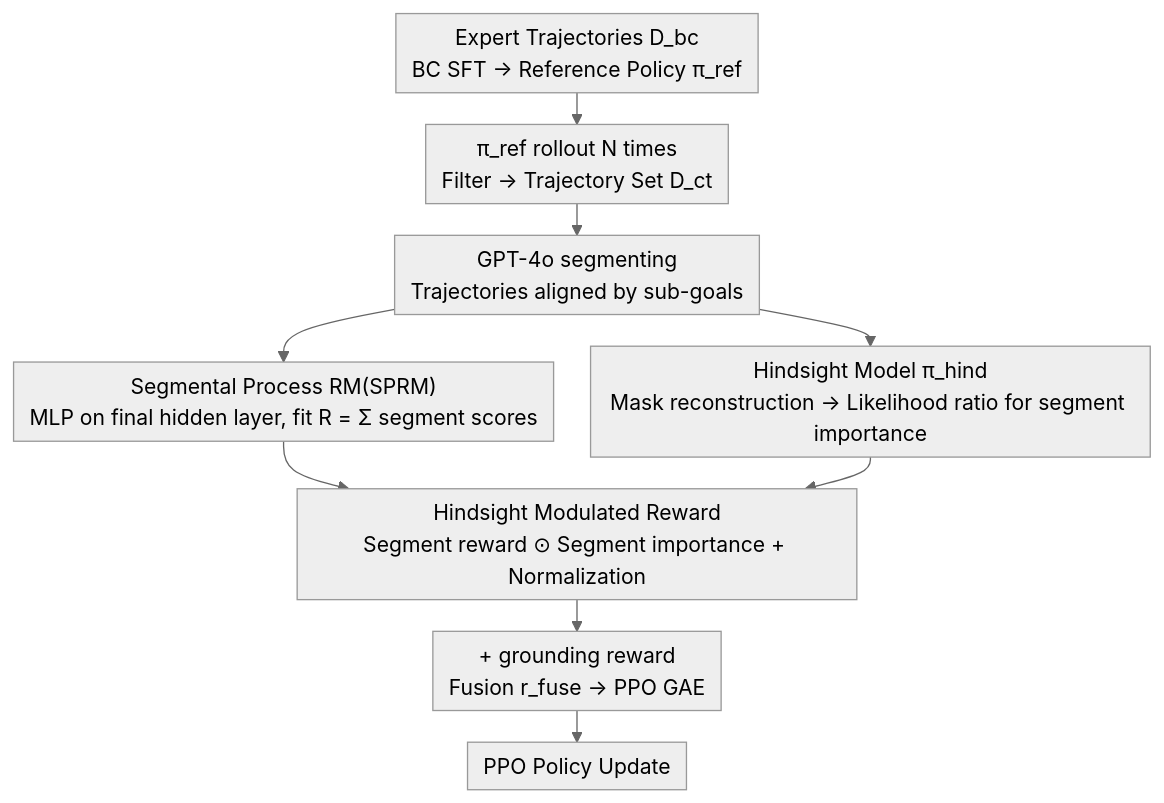
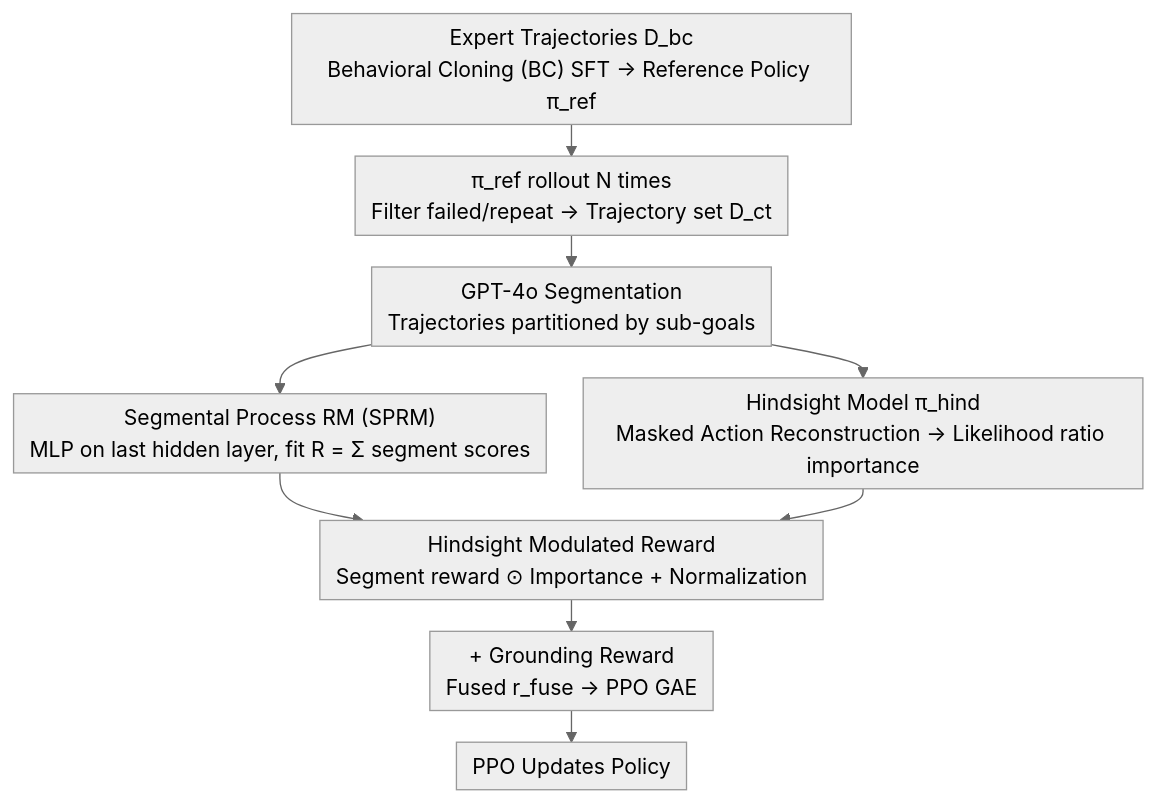
Before and after one commit to zhaoyang97/Paper-Notes-en: the diagram in docs/ACL2026/llm_reasoning/hisr_hindsight_information_modulated_segmental_process_rewards_for_multi-turn_ag.md, drawn with Mermaid (neutral theme). The commit also changed other lines of this file and 5084 other files, not shown here.

````diff
--- a/docs/ACL2026/llm_reasoning/hisr_hindsight_information_modulated_segmental_process_rewards_for_multi-turn_ag.md
+++ b/docs/ACL2026/llm_reasoning/hisr_hindsight_information_modulated_segmental_process_rewards_for_multi-turn_ag.md
@@ -54,12 +54,12 @@
 ```mermaid
 %%{init: {'flowchart': {'rankSpacing': 24, 'nodeSpacing': 28, 'padding': 6, 'wrappingWidth': 400}}}%%
 flowchart TD
-    A["Expert Trajectories D_bc<br/>BC SFT → Reference Policy π_ref"] --> B["π_ref rollout N times<br/>Filter → Trajectory Set D_ct"]
-    B --> C["GPT-4o segmenting<br/>Trajectories aligned by sub-goals"]
-    C --> D["Segmental Process RM(SPRM)<br/>MLP on final hidden layer, fit R = Σ segment scores"]
-    C --> E["Hindsight Model π_hind<br/>Mask reconstruction → Likelihood ratio for segment importance"]
-    D --> F["Hindsight Modulated Reward<br/>Segment reward ⊙ Segment importance + Normalization"]
+    A["Expert Trajectories D_bc<br/>Behavioral Cloning (BC) SFT → Reference Policy π_ref"] --> B["π_ref rollout N times<br/>Filter failed/repeat → Trajectory set D_ct"]
+    B --> C["GPT-4o Segmentation<br/>Trajectories partitioned by sub-goals"]
+    C --> D["Segmental Process RM (SPRM)<br/>MLP on last hidden layer, fit R = Σ segment scores"]
+    C --> E["Hindsight Model π_hind<br/>Masked Action Reconstruction → Likelihood ratio importance"]
+    D --> F["Hindsight Modulated Reward<br/>Segment reward ⊙ Importance + Normalization"]
     E --> F
-    F --> G["+ grounding reward<br/>Fusion r_fuse → PPO GAE"]
-    G --> H["PPO Policy Update"]
+    F --> G["+ Grounding Reward<br/>Fused r_fuse → PPO GAE"]
+    G --> H["PPO Updates Policy"]
 ```
````
